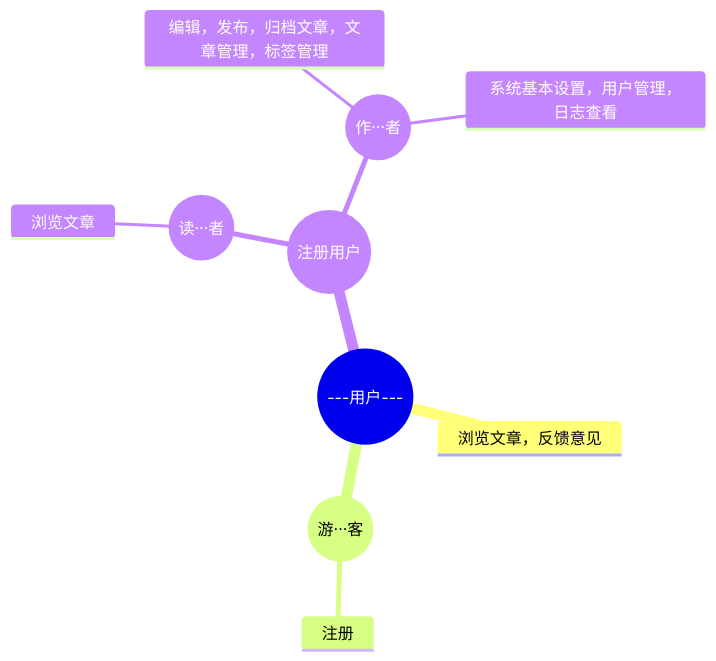
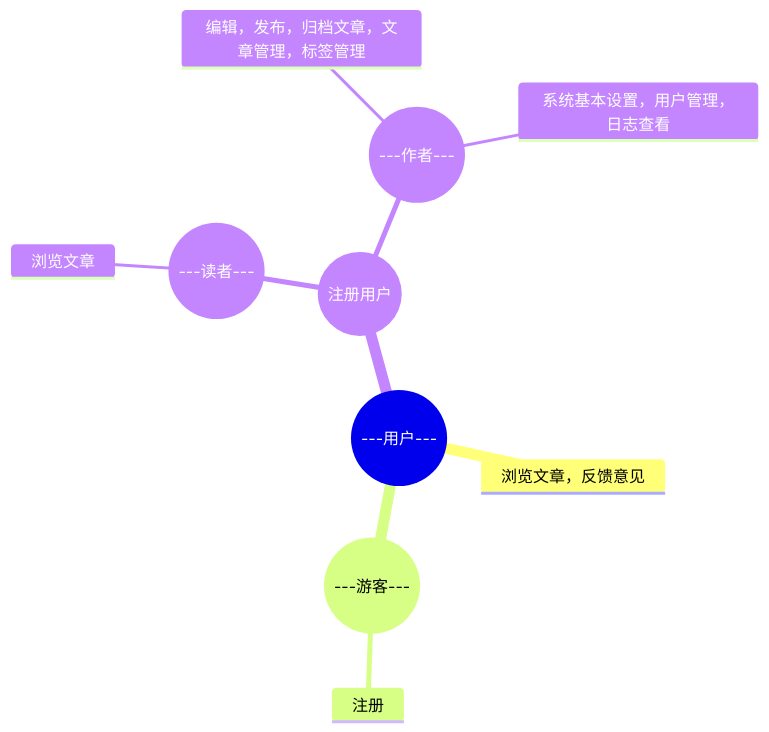
Before and after one commit to AJiuAQ/blog.thatisme.cn: the first of 5 diagrams in docs/thatisme产品需求文档PRD.md, drawn with Mermaid. The commit also changed other lines of this file and 57 other files, not shown here.

````diff
--- a/docs/thatisme产品需求文档PRD.md
+++ b/docs/thatisme产品需求文档PRD.md
@@ -67,13 +67,13 @@
 ```mermaid
 mindmap
   root((---用户---))
     浏览文章，反馈意见
-    ((游···客))
+    游客((---游客---))
       注册
-    ((注册用户))
-      ((读···者))
+    注册用户((注册用户))
+      读者((---读者---))
         浏览文章
-      ((作···者))
+      作者((---作者---))
         编辑，发布，归档文章，文章管理，标签管理
         系统基本设置，用户管理，日志查看
 ```
````
